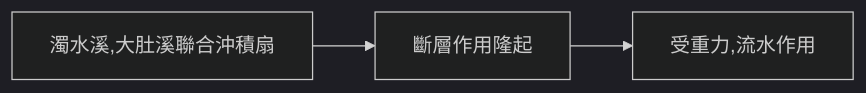
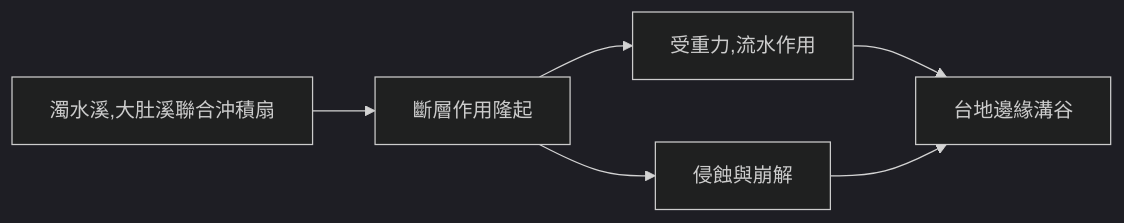
One commit to Ethane1755/Obsidian changed the diagram in Zettelkasten/地理筆記.md. Above: the diagram before and after it, drawn with Mermaid (dark theme). The commit also changed 1 other file, not shown here.

Commit message:
Obsidian Backup 2021-11-20 18:21
Affected files:
.obsidian/workspace
Zettelkasten/\345\234\260\347\220\206\347\255\206\350\250\230.md

````diff
--- a/Zettelkasten/地理筆記.md
+++ b/Zettelkasten/地理筆記.md
@@ -130,4 +130,5 @@
 ```mermaid
 graph LR
-濁水溪,大肚溪聯合沖積扇-->斷層作用隆起-->受重力,流水作用
+濁水溪,大肚溪聯合沖積扇-->斷層作用隆起-->受重力,流水作用-->台地邊緣溝谷
+斷層作用隆起-->侵蝕與崩解-->台地邊緣溝谷
 ```
````
